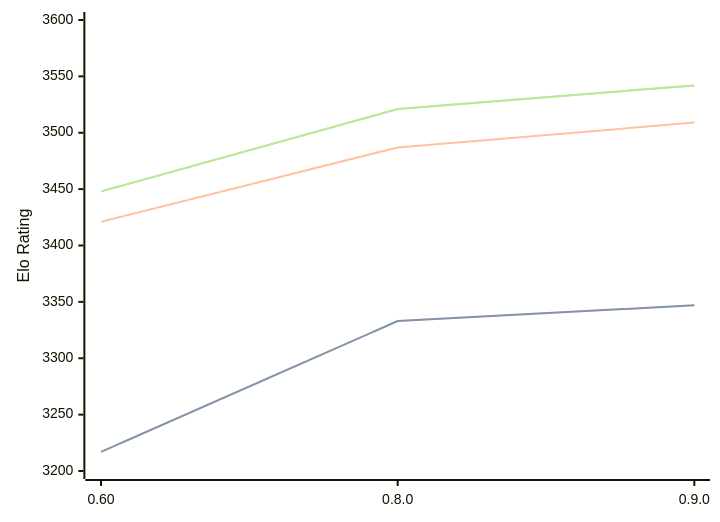
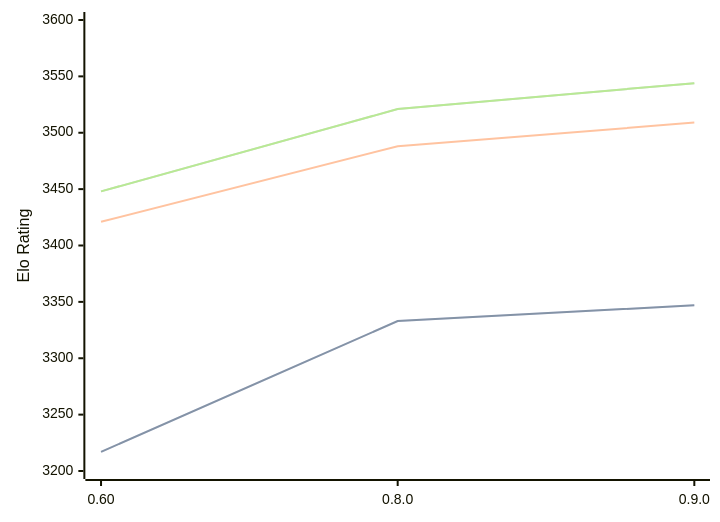
Before and after one commit to computer-chess-index/cci: the diagram in engines/Motor.md, drawn with Mermaid. The commit also changed other lines of this file, not shown here.

Commit message:
Update CCI Ratings (ELO VLTC) - 2026-10-07

````diff
--- a/engines/Motor.md
+++ b/engines/Motor.md
@@ -33,11 +33,11 @@
 ```mermaid
 %%{init: {"theme":"base","themeVariables":{"seriesColors:['#a3a3a3','#222221','#faa371']}}}%%
 xychart-beta
   x-axis ["0.60", "0.8.0", "0.9.0"]
   y-axis "Elo Rating" 3200 --> 3600
   line "" [3217, 3333, 3347]
   line "STC (8.0+0.08s)" [3217, 3333, 3347]
-  line "LTC (60.0+0.60s)" [3421, 3487, 3509]
-  line "" [3448, 3521, 3542]
-  line "VLTC (2m24s+1.12s)" [3448, 3521, 3542]
+  line "LTC (60.0+0.60s)" [3421, 3488, 3509]
+  line "" [3448, 3521, 3544]
+  line "VLTC (2m24s+1.12s)" [3448, 3521, 3544]
 ```
````
